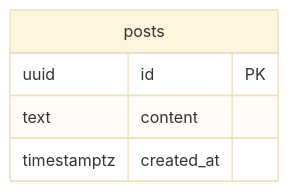
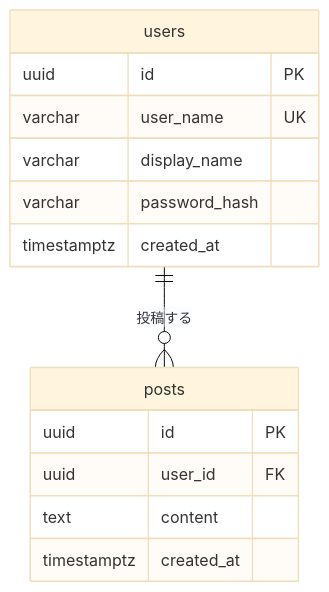
One commit to yna87/vue-kotlin-sns changed the diagram in docs/er-diagram.md. Above: the diagram before and after it, drawn with Mermaid (base theme). The commit also changed other lines of this file and 7 other files, not shown here.

````diff
--- a/docs/er-diagram.md
+++ b/docs/er-diagram.md
@@ -9,8 +9,19 @@
 ```mermaid
 erDiagram
+    users ||--o{ posts : "投稿する"
+
+    users {
+        uuid id PK
+        varchar user_name UK
+        varchar display_name
+        varchar password_hash
+        timestamptz created_at
+    }
+
     posts {
         uuid id PK
+        uuid user_id FK
         text content
         timestamptz created_at
     }
 ```
````
